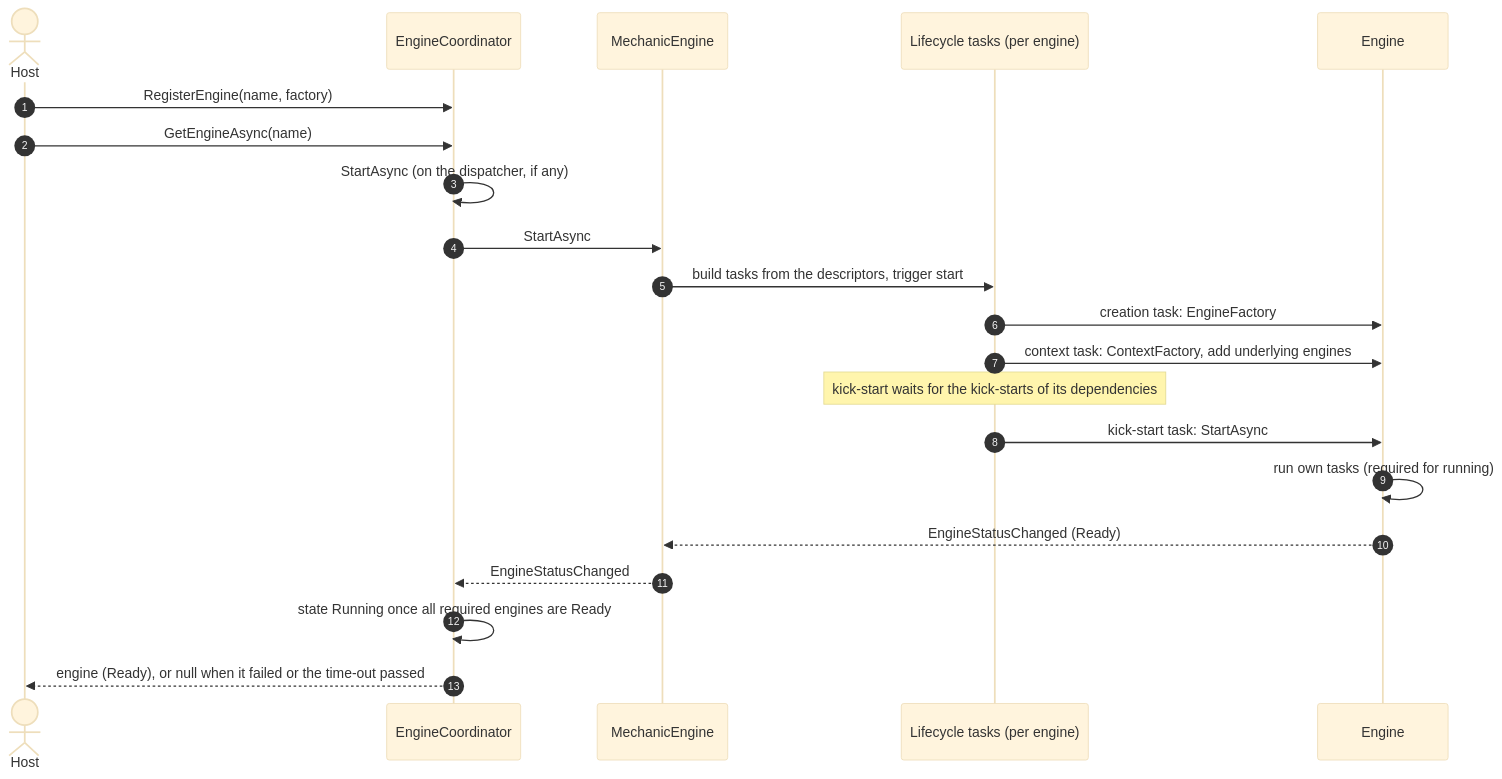
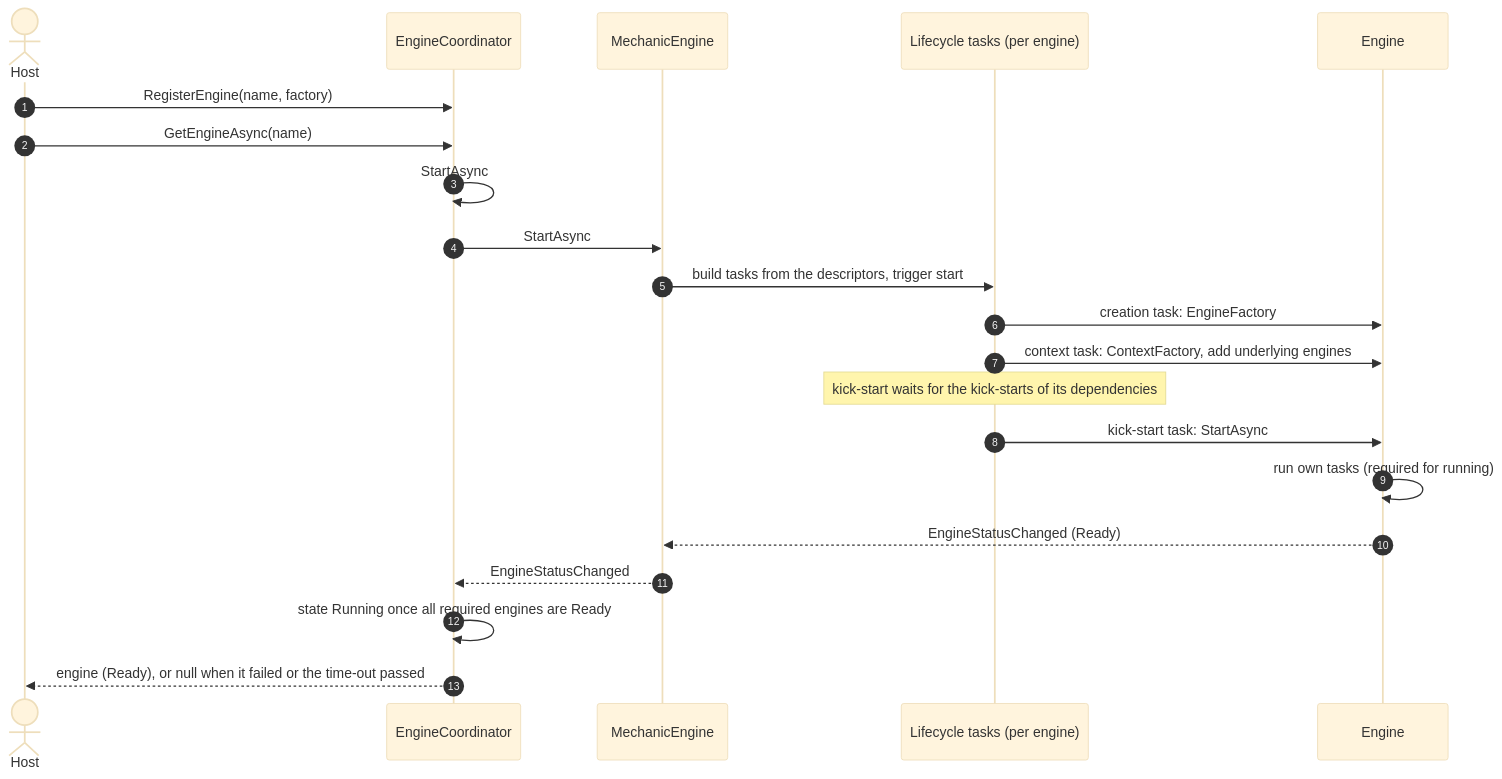
Before and after one commit to KenKor/OrchestrationEngines: the second of 3 diagrams in docs/Overview.md, drawn with Mermaid (base theme). The commit also changed other lines of this file and 39 other files, not shown here.

````diff
--- a/docs/Overview.md
+++ b/docs/Overview.md
@@ -73,24 +73,24 @@
 ```mermaid
 sequenceDiagram
     autonumber
     actor Host
     participant C as EngineCoordinator
     participant M as MechanicEngine
     participant T as Lifecycle tasks (per engine)
     participant E as Engine
 
     Host->>C: RegisterEngine(name, factory)
     Host->>C: GetEngineAsync(name)
-    C->>C: StartAsync (on the dispatcher, if any)
+    C->>C: StartAsync
     C->>M: StartAsync
     M->>T: build tasks from the descriptors, trigger start
     T->>E: creation task: EngineFactory
     T->>E: context task: ContextFactory, add underlying engines
     Note over T: kick-start waits for the kick-starts of its dependencies
     T->>E: kick-start task: StartAsync
     E->>E: run own tasks (required for running)
     E-->>M: EngineStatusChanged (Ready)
     M-->>C: EngineStatusChanged
     C->>C: state Running once all required engines are Ready
     C-->>Host: engine (Ready), or null when it failed or the time-out passed
 ```
````
